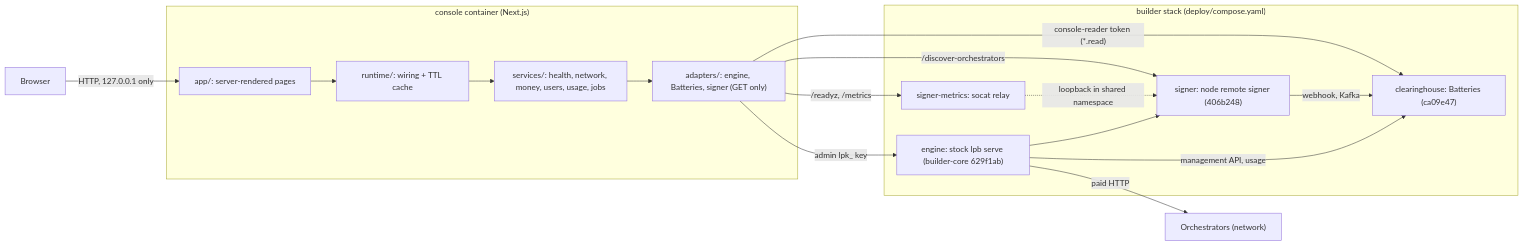
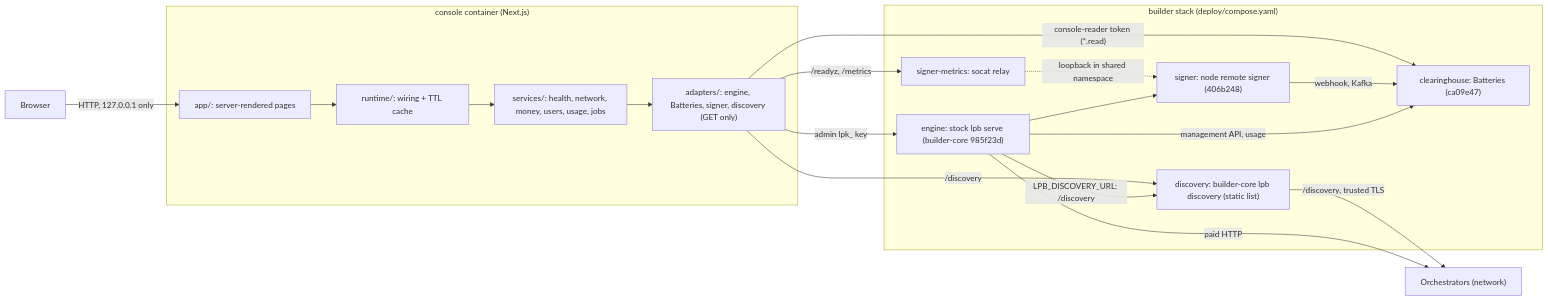
The first of 2 diagrams in ARCHITECTURE.md (NE-Build-Track/builder-core-console), drawn with Mermaid before and after one commit. The commit also changed 34 other files, not shown here.

First line of the commit message:
Read discovery from builder-core's discovery service; the signer only signs

````diff
--- a/ARCHITECTURE.md
+++ b/ARCHITECTURE.md
@@ -9,25 +9,27 @@
 ```mermaid
 flowchart LR
     Browser["Browser"]
     subgraph Console["console container (Next.js)"]
         Pages["app/: server-rendered pages"]
         RT["runtime/: wiring + TTL cache"]
         SVC["services/: health, network, money, users, usage, jobs"]
-        AD["adapters/: engine, Batteries, signer (GET only)"]
+        AD["adapters/: engine, Batteries, signer, discovery (GET only)"]
     end
     subgraph Stack["builder stack (deploy/compose.yaml)"]
-        Engine["engine: stock lpb serve (builder-core 629f1ab)"]
+        Engine["engine: stock lpb serve (builder-core 985f23d)"]
         Bat["clearinghouse: Batteries (ca09e47)"]
         Signer["signer: node remote signer (406b248)"]
         Relay["signer-metrics: socat relay"]
+        Disc["discovery: builder-core lpb discovery (static list)"]
     end
     Orch["Orchestrators (network)"]
     Browser -->|"HTTP, 127.0.0.1 only"| Pages --> RT --> SVC --> AD
     AD -->|"admin lpk_ key"| Engine
     AD -->|"console-reader token (*.read)"| Bat
-    AD -->|"/discover-orchestrators"| Signer
+    AD -->|"/discovery"| Disc
     AD -->|"/readyz, /metrics"| Relay -.->|"loopback in shared namespace"| Signer
     Engine --> Signer -->|"webhook, Kafka"| Bat
+    Engine -->|"LPB_DISCOVERY_URL: /discovery"| Disc -->|"/discovery, trusted TLS"| Orch
     Engine -->|"paid HTTP"| Orch
     Engine -->|"management API, usage"| Bat
 ```
````
